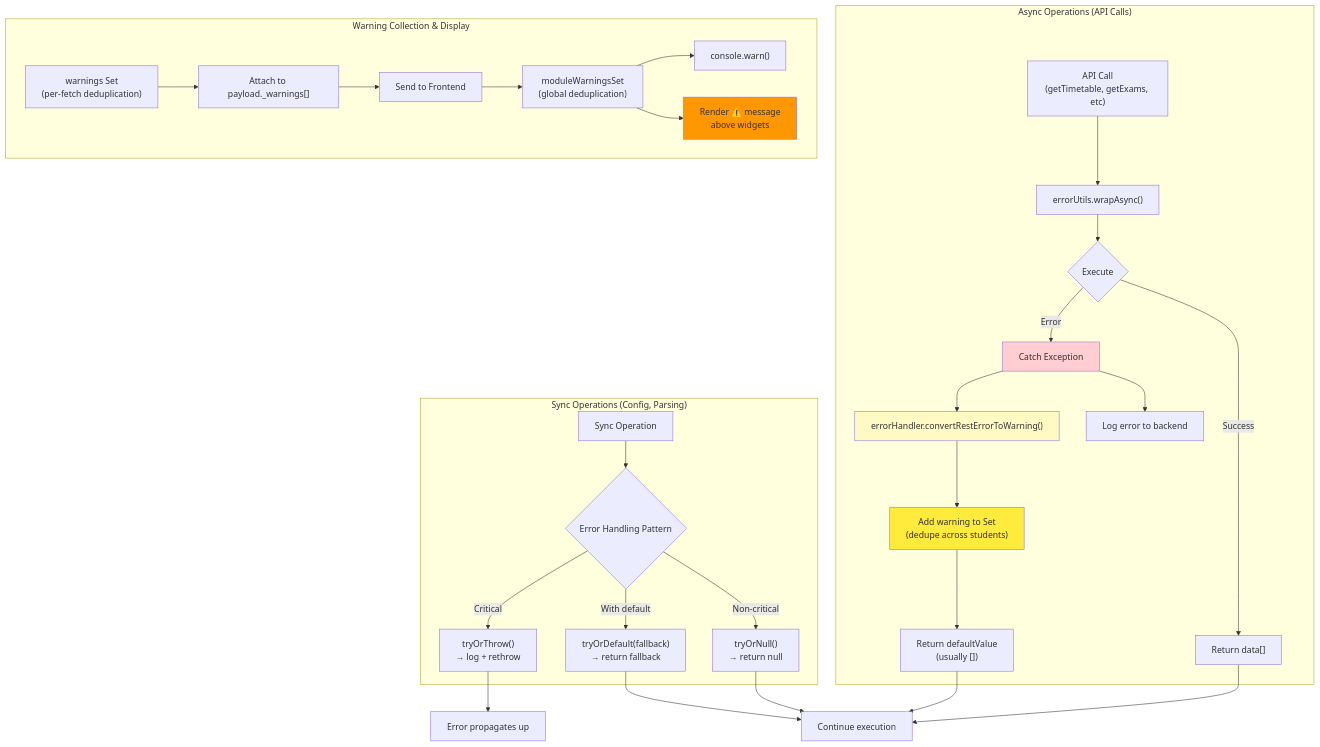
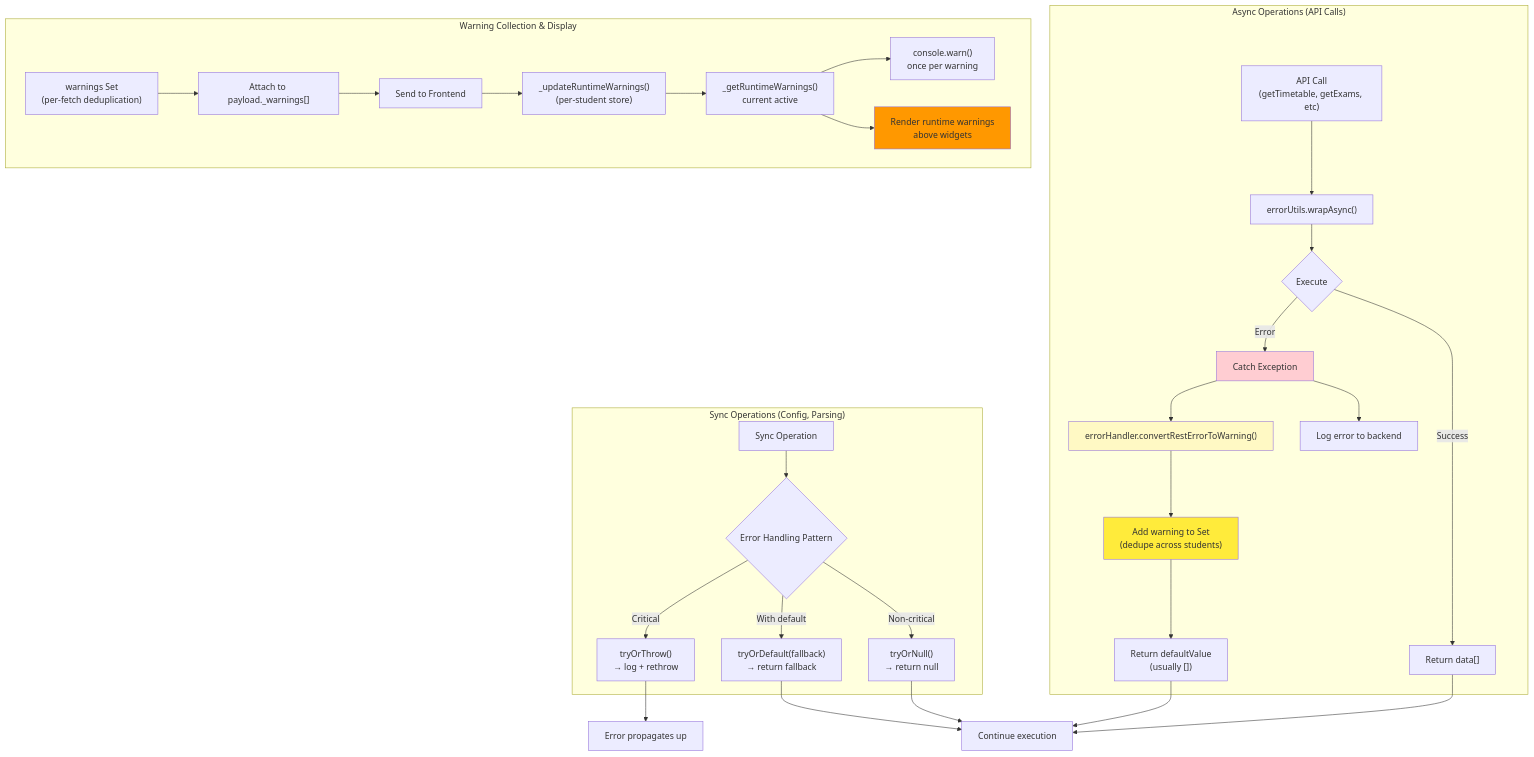
Before and after one commit to HeikoGr/MMM-Webuntis: the tenth of 13 diagrams in docs/ARCHITECTURE.md, drawn with Mermaid. The commit also changed other lines of this file and 1 other file, not shown here.

Commit message:
feat: implement per-student runtime warnings management and update architecture documentation

````diff
--- a/docs/ARCHITECTURE.md
+++ b/docs/ARCHITECTURE.md
@@ -947,45 +951,46 @@
 ```mermaid
 graph TB
     subgraph Async["Async Operations (API Calls)"]
         Start["API Call<br/>(getTimetable, getExams, etc)"]
         --> Wrap["errorUtils.wrapAsync()"]
         --> Try{Execute}
 
         Try -->|Success| Return["Return data[]"]
         Try -->|Error| Catch["Catch Exception"]
 
         Catch --> Log["Log error to backend"]
         Catch --> Convert["errorHandler.convertRestErrorToWarning()"]
         Convert --> Warn["Add warning to Set<br/>(dedupe across students)"]
         Warn --> Fallback["Return defaultValue<br/>(usually [])"]
     end
 
     subgraph Sync["Sync Operations (Config, Parsing)"]
         SyncOp["Sync Operation"]
         --> Choice{Error Handling Pattern}
 
         Choice -->|Non-critical| TryNull["tryOrNull()<br/>→ return null"]
         Choice -->|With default| TryDefault["tryOrDefault(fallback)<br/>→ return fallback"]
         Choice -->|Critical| TryThrow["tryOrThrow()<br/>→ log + rethrow"]
     end
 
     subgraph Warning["Warning Collection & Display"]
         WarnSet["warnings Set<br/>(per-fetch deduplication)"]
         --> PayloadWarn["Attach to payload._warnings[]"]
         PayloadWarn --> Frontend["Send to Frontend"]
-        Frontend --> Dedupe["moduleWarningsSet<br/>(global deduplication)"]
-        Dedupe --> Console["console.warn()"]
-        Dedupe --> UI["Render ⚠️ message<br/>above widgets"]
+        Frontend --> Runtime["_updateRuntimeWarnings()<br/>(per-student store)"]
+        Runtime --> Aggregate["_getRuntimeWarnings()<br/>current active"]
+        Aggregate --> Console["console.warn()<br/>once per warning"]
+        Aggregate --> UI["Render runtime warnings<br/>above widgets"]
     end
 
     Return --> End["Continue execution"]
     Fallback --> End
     TryNull --> End
     TryDefault --> End
     TryThrow --> Propagate["Error propagates up"]
 
     style Catch fill:#ffcdd2
     style Convert fill:#fff9c4
     style Warn fill:#ffeb3b
     style UI fill:#ff9800
 ```
````
